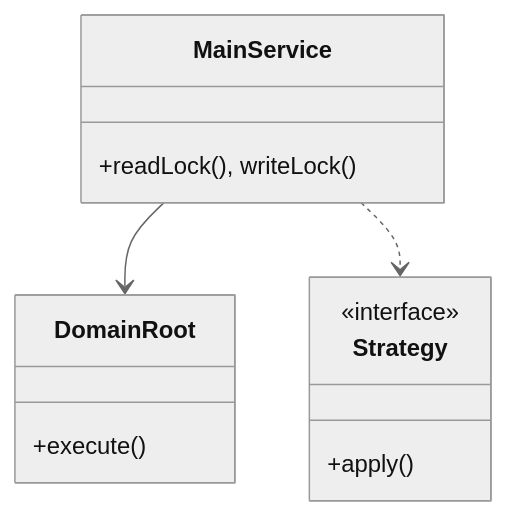
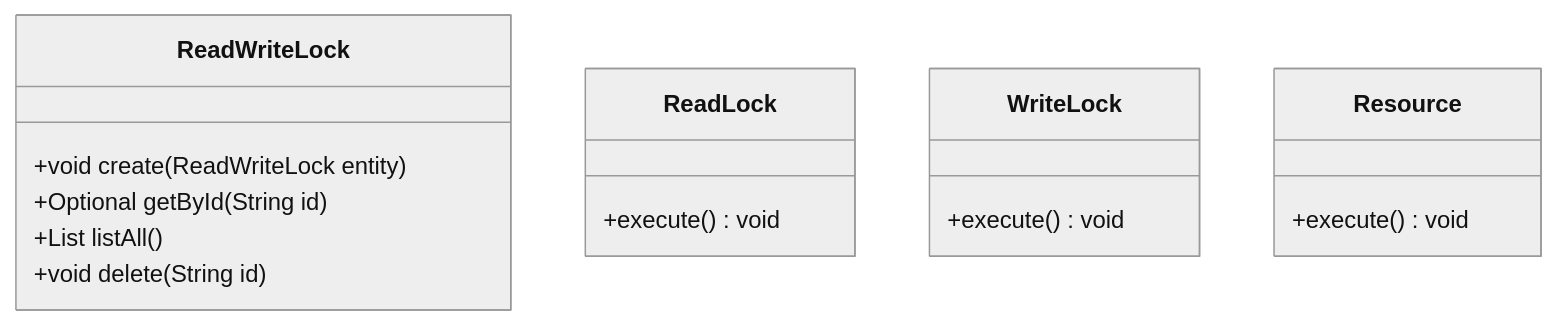
The first of 3 diagrams in Learn/System Design - Low Level Design/04-concurrency-lld/questions/Q04-reader-writer-lock.md (madhupaila/Interview-Prep-SSE), drawn with Mermaid (neutral theme) before and after one commit. The commit also changed other lines of this file and 491 other files, not shown here.

````diff
--- a/Learn/System Design - Low Level Design/04-concurrency-lld/questions/Q04-reader-writer-lock.md
+++ b/Learn/System Design - Low Level Design/04-concurrency-lld/questions/Q04-reader-writer-lock.md
@@ -73,15 +92,18 @@
 ```mermaid
 classDiagram
-    class MainService {
-        +readLock(), writeLock()
+    class ReadWriteLock {
+        +void create(ReadWriteLock entity)
+        +Optional<ReadWriteLock> getById(String id)
+        +List<ReadWriteLock> listAll()
+        +void delete(String id)
     }
-    class DomainRoot {
-        +execute()
+    class ReadLock {
+        +execute() void
     }
-    class Strategy {
-        <<interface>>
-        +apply()
+    class WriteLock {
+        +execute() void
     }
-    MainService --> DomainRoot
-    MainService ..> Strategy
+    class Resource {
+        +execute() void
+    }
 ```
````
